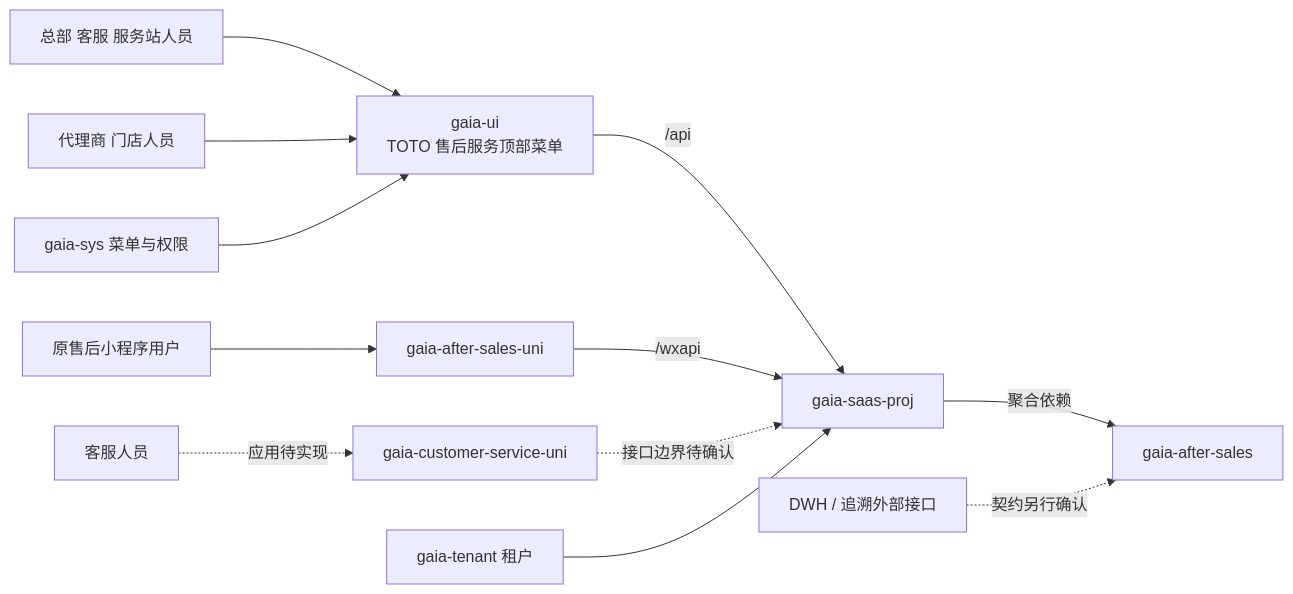
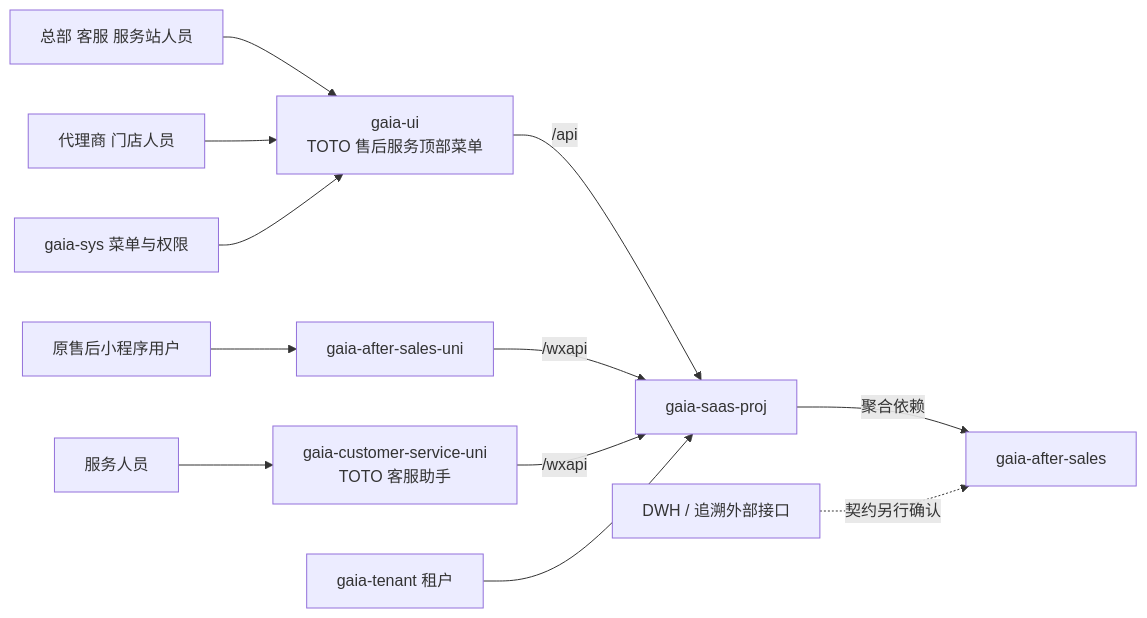
One commit to zhiyuan23/toto-after-sales-docs changed the diagram in 00-项目资料/02-仓库与系统关系.md. Above: the diagram before and after it, drawn with Mermaid. The commit also changed other lines of this file and 47 other files, not shown here.

````diff
--- a/00-项目资料/02-仓库与系统关系.md
+++ b/00-项目资料/02-仓库与系统关系.md
@@ -7,14 +7,14 @@
 ```mermaid
 flowchart LR
   ADMIN["总部 客服 服务站人员"] --> UI["gaia-ui\nTOTO 售后服务顶部菜单"]
   DEALER["代理商 门店人员"] --> UI
   CONSUMER["原售后小程序用户"] --> MINI["gaia-after-sales-uni"]
-  SERVICE["客服人员"] -.应用待实现.-> CSMINI["gaia-customer-service-uni"]
+  SERVICE["服务人员"] --> CSMINI["gaia-customer-service-uni\nTOTO 客服助手"]
   UI -->|/api| HOST["gaia-saas-proj"]
   MINI -->|/wxapi| HOST
-  CSMINI -.->|接口边界待确认| HOST
+  CSMINI -->|/wxapi| HOST
   HOST -->|聚合依赖| AFTER["gaia-after-sales"]
   SYS["gaia-sys 菜单与权限"] --> UI
   TENANT["gaia-tenant 租户"] --> HOST
   EXT["DWH / 追溯外部接口"] -.契约另行确认.-> AFTER
 ```
````
